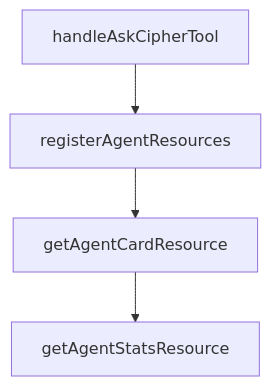
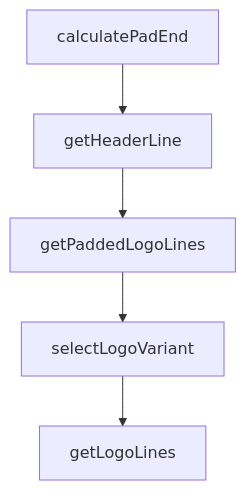
The diagram in tutorials/cipher-tutorial/08-security-and-team-governance.md (johnxie/awesome-code-docs), drawn with Mermaid before and after one commit. The commit also changed other lines of this file and 1232 other files, not shown here.

````diff
--- a/tutorials/cipher-tutorial/08-security-and-team-governance.md
+++ b/tutorials/cipher-tutorial/08-security-and-team-governance.md
@@ -204,10 +202,12 @@
 ```mermaid
 flowchart TD
-    A[handleAskCipherTool]
-    B[registerAgentResources]
-    C[getAgentCardResource]
-    D[getAgentStatsResource]
+    A[calculatePadEnd]
+    B[getHeaderLine]
+    C[getPaddedLogoLines]
+    D[selectLogoVariant]
+    E[getLogoLines]
     A --> B
     B --> C
     C --> D
+    D --> E
 ```
````
